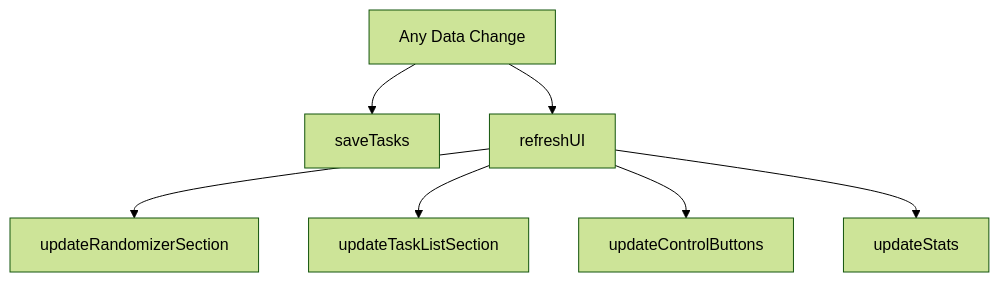
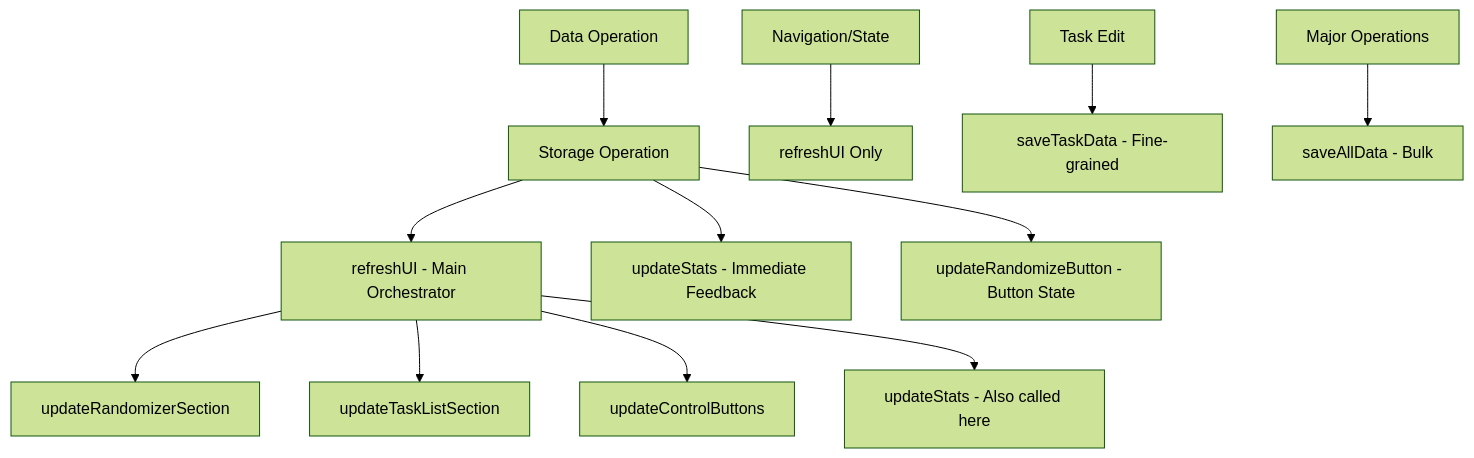
The third of 6 diagrams in docs/method-call-graph.md (hamburger1984/do-this.today), drawn with Mermaid (forest theme) before and after one commit. The commit also changed other lines of this file, not shown here.

Commit message:
Fix UI Update Pattern to match actual implementation
- Replace oversimplified UI update diagram with accurate layered approach
- Show that updateStats() and updateRandomizeButton() are called separately for immediate feedback
- Illustrate distinction between fine-grained and bulk storage operations
- Capture context-sensitive update patterns (navigation vs data operations)
- Document the sophisticated UI update architecture used in practice

````diff
--- a/docs/method-call-graph.md
+++ b/docs/method-call-graph.md
@@ -48,9 +48,16 @@
 ```mermaid
 graph TD
-    A[Any Data Change] --> B[saveTasks]
-    A --> C[refreshUI]
-    C --> D[updateRandomizerSection]
-    C --> E[updateTaskListSection]
-    C --> F[updateControlButtons]
-    C --> G[updateStats]
+    A[Data Operation] --> B[Storage Operation]
+    B --> C[refreshUI - Main Orchestrator]
+    B --> D[updateStats - Immediate Feedback]
+    B --> E[updateRandomizeButton - Button State]
+    
+    C --> F[updateRandomizerSection]
+    C --> G[updateTaskListSection]
+    C --> H[updateControlButtons]
+    C --> I[updateStats - Also called here]
+    
+    J[Navigation/State] --> K[refreshUI Only]
+    L[Task Edit] --> M[saveTaskData - Fine-grained]
+    N[Major Operations] --> O[saveAllData - Bulk]
 ```
````
